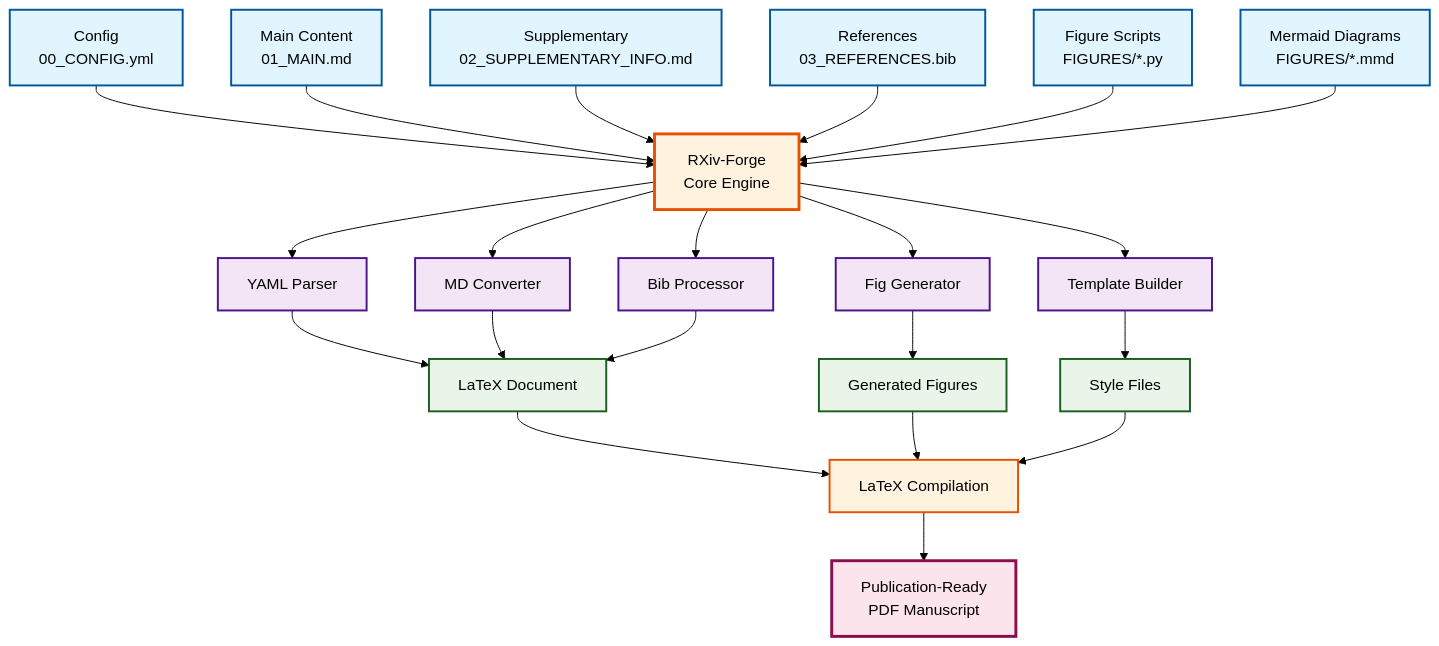
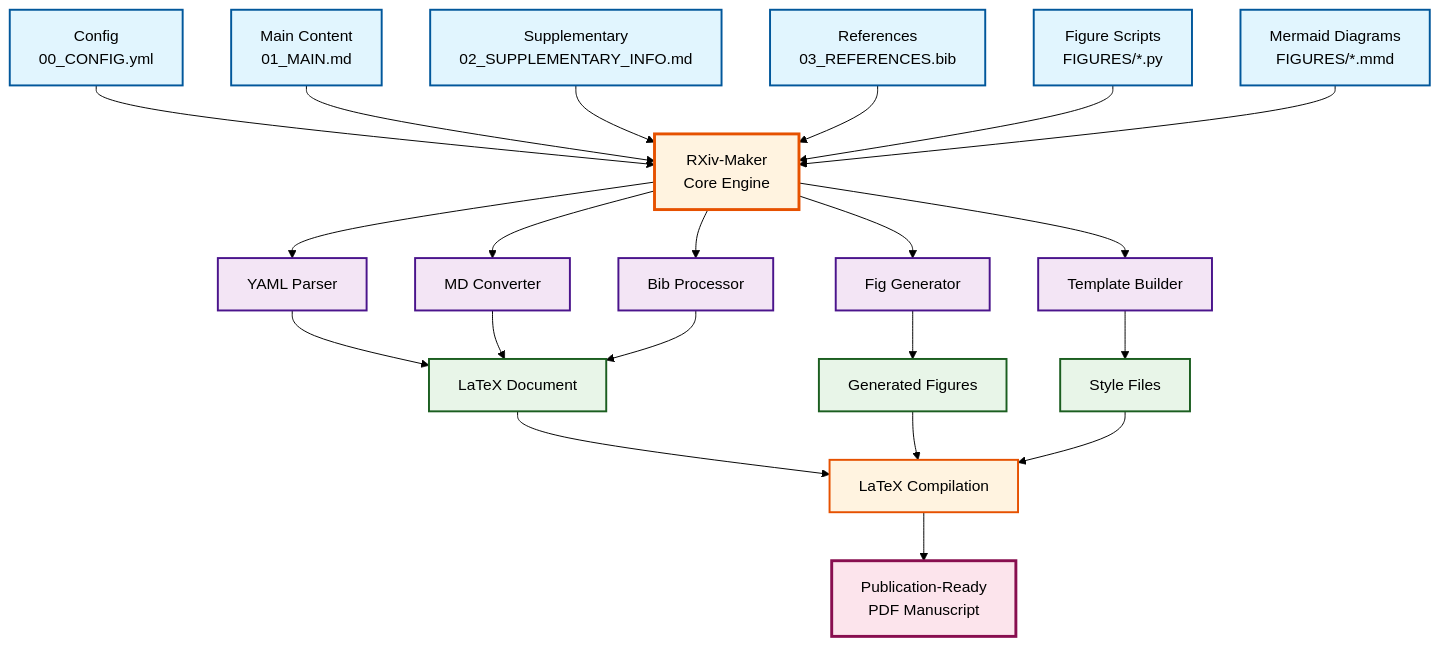
The diagram in EXAMPLE_MANUSCRIPT/FIGURES/SFigure_1.mmd (paxcalpt/rxiv-maker), drawn with Mermaid (forest theme) before and after one commit. The commit also changed 58 other files, not shown here.

First line of the commit message:
Complete rebranding from article-forge to rxiv-maker

```diff
--- a/EXAMPLE_MANUSCRIPT/FIGURES/SFigure_1.mmd
+++ b/EXAMPLE_MANUSCRIPT/FIGURES/SFigure_1.mmd
@@ -1,45 +1,45 @@
 flowchart TD
     %% Input Files - more compact arrangement
-    A1[Config<br/>00_CONFIG.yml] --> E[RXiv-Forge<br/>Core Engine]
+    A1[Config<br/>00_CONFIG.yml] --> E[RXiv-Maker<br/>Core Engine]
     A2[Main Content<br/>01_MAIN.md] --> E
     A3[Supplementary<br/>02_SUPPLEMENTARY_INFO.md] --> E
     A4[References<br/>03_REFERENCES.bib] --> E
     A5[Figure Scripts<br/>FIGURES/*.py] --> E
     A6[Mermaid Diagrams<br/>FIGURES/*.mmd] --> E
 
     %% Processing Engine to Processing Steps
     E --> P1[YAML Parser]
     E --> P2[MD Converter]
     E --> P3[Fig Generator]
     E --> P4[Bib Processor]
     E --> P5[Template Builder]
 
     %% Processing to Intermediate Outputs - more direct connections
     P1 --> I1[LaTeX Document]
     P2 --> I1
     P4 --> I1
     P3 --> I2[Generated Figures]
     P5 --> I3[Style Files]
 
     %% LaTeX Compilation
     I1 --> L[LaTeX Compilation]
     I2 --> L
     I3 --> L
 
     %% Final Output
     L --> F[Publication-Ready<br/>PDF Manuscript]
 
     %% Styling
     classDef inputFiles fill:#e1f5fe,stroke:#01579b,stroke-width:2px,color:#000
     classDef processEngine fill:#fff3e0,stroke:#e65100,stroke-width:3px,color:#000
     classDef processSteps fill:#f3e5f5,stroke:#4a148c,stroke-width:2px,color:#000
     classDef intermediateOutputs fill:#e8f5e8,stroke:#1b5e20,stroke-width:2px,color:#000
     classDef compilation fill:#fff3e0,stroke:#e65100,stroke-width:2px,color:#000
     classDef finalOutput fill:#fce4ec,stroke:#880e4f,stroke-width:3px,color:#000
 
     class A1,A2,A3,A4,A5,A6 inputFiles
     class E processEngine
     class P1,P2,P3,P4,P5 processSteps
     class I1,I2,I3 intermediateOutputs
     class L compilation
     class F finalOutput
```
